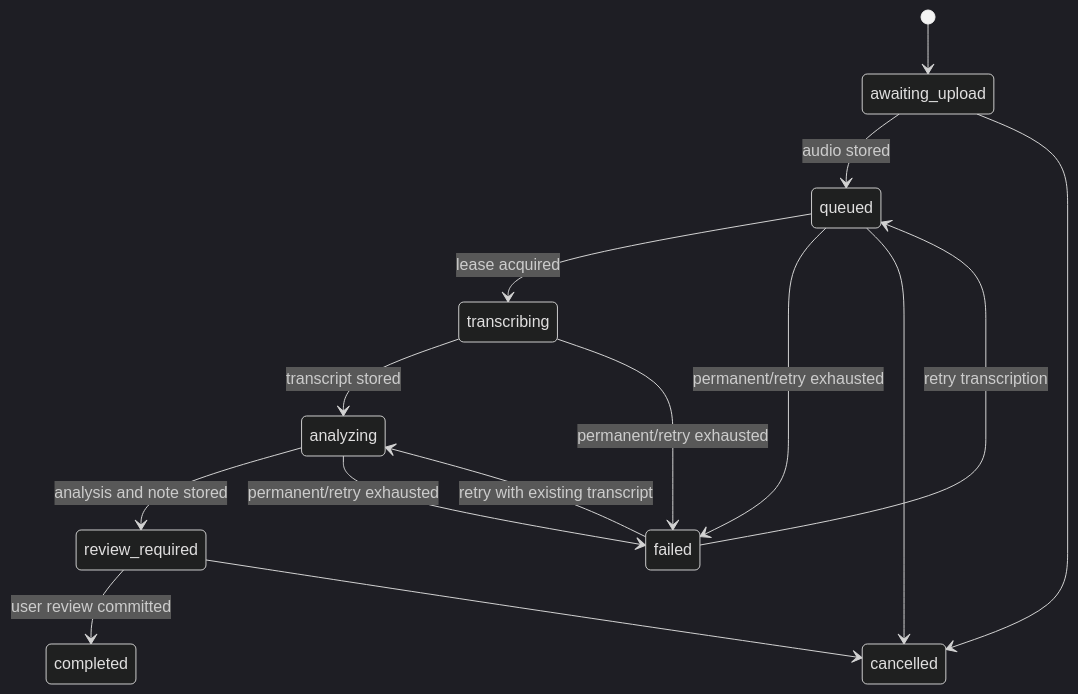
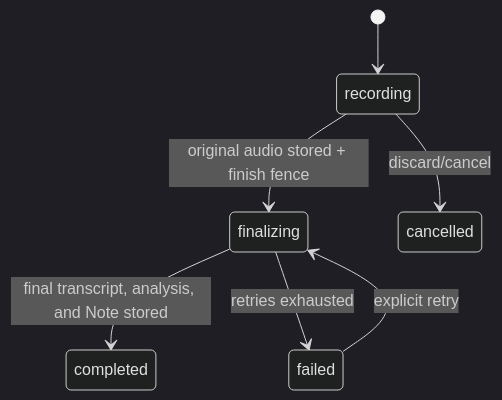
One commit to xopcai/xopc changed the second of 2 diagrams in docs/design/discussion-capture-mvp.md. Above: the diagram before and after it, drawn with Mermaid (dark theme). The commit also changed other lines of this file and 35 other files, not shown here.

````diff
--- a/docs/design/discussion-capture-mvp.md
+++ b/docs/design/discussion-capture-mvp.md
@@ -444,20 +142,9 @@
 ```mermaid
 stateDiagram-v2
-    [*] --> awaiting_upload
-    awaiting_upload --> queued: audio stored
-    queued --> transcribing: lease acquired
-    transcribing --> analyzing: transcript stored
-    analyzing --> review_required: analysis and note stored
-    review_required --> completed: user review committed
-
-    queued --> failed: permanent/retry exhausted
-    transcribing --> failed: permanent/retry exhausted
-    analyzing --> failed: permanent/retry exhausted
-
-    failed --> queued: retry transcription
-    failed --> analyzing: retry with existing transcript
-
-    awaiting_upload --> cancelled
-    queued --> cancelled
-    review_required --> cancelled
+    [*] --> recording
+    recording --> finalizing: original audio stored + finish fence
+    finalizing --> completed: final transcript, analysis, and Note stored
+    finalizing --> failed: retries exhausted
+    failed --> finalizing: explicit retry
+    recording --> cancelled: discard/cancel
 ```
````
